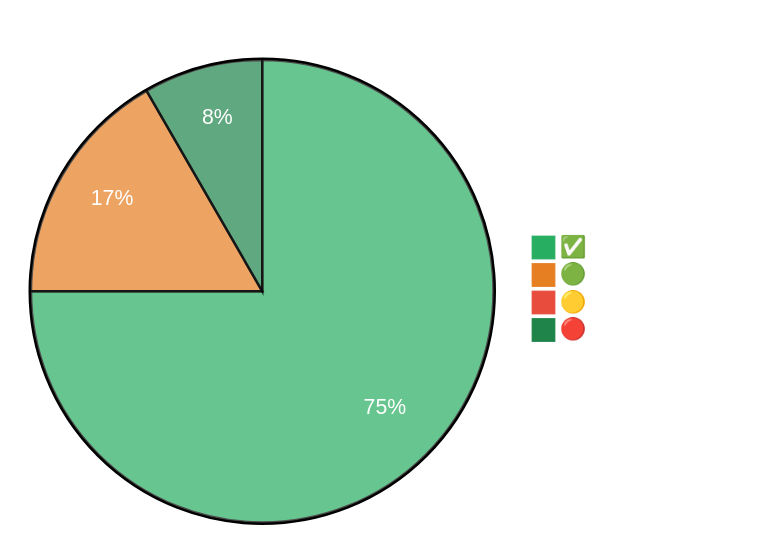
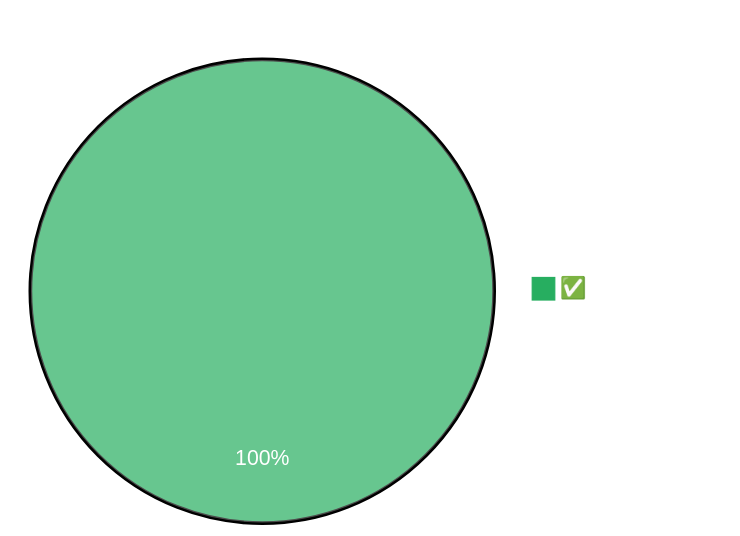
The first of 5 diagrams in game-status.md (Hack23/blacktrigram), drawn with Mermaid before and after one commit. The commit also changed other lines of this file and 1 other file, not shown here.

Commit message:
Update documentation: COMBAT_INTEGRATION_STATUS and game-status with completed systems

````diff
--- a/game-status.md
+++ b/game-status.md
@@ -30,8 +31,5 @@
 ```mermaid
 %%{init: {'theme':'base', 'themeVariables': { 'primaryColor':'#27ae60', 'primaryTextColor':'#fff', 'primaryBorderColor':'#229954', 'lineColor':'#3498db', 'secondaryColor':'#e67e22', 'tertiaryColor':'#e74c3c'}}}%%
-pie title Combat Realism Systems (12 Total)
-    "✅ Complete (9)" : 9
-    "🟢 Near-Complete (2)" : 2
-    "🟡 In Progress (0)" : 0
-    "🔴 Not Started (1)" : 1
+pie title Combat Realism Systems (13 Total)
+    "✅ Complete (13)" : 13
 ```
````
